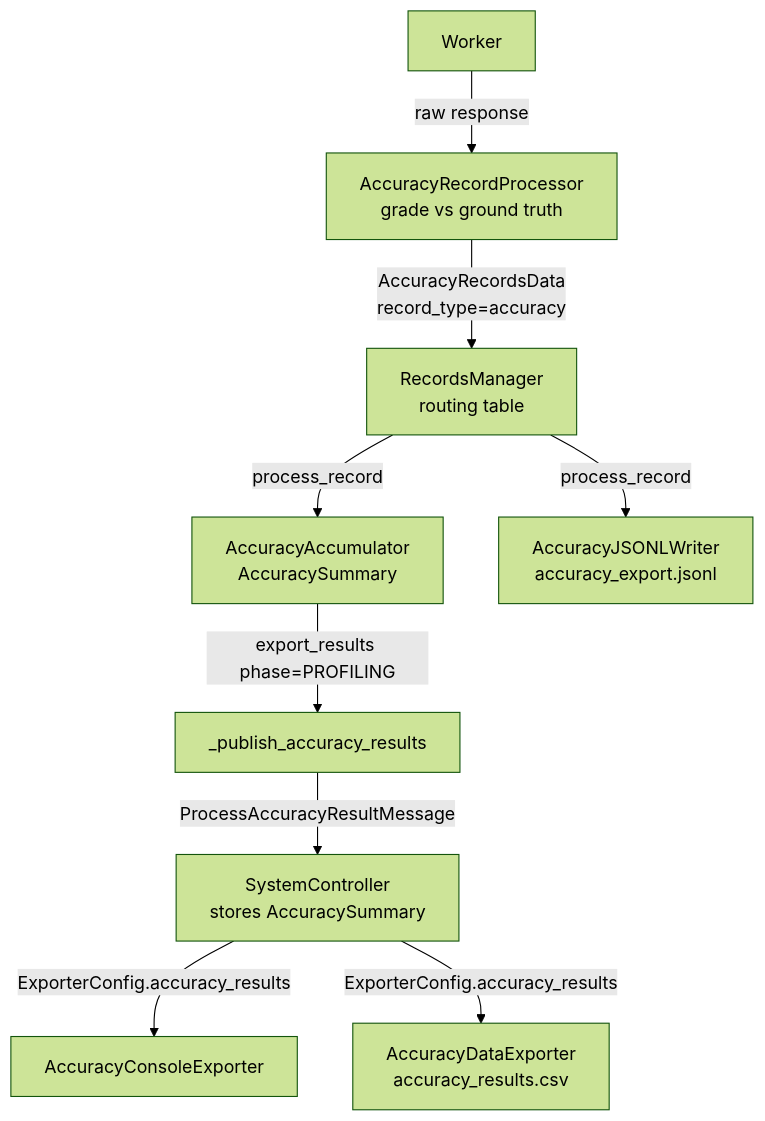
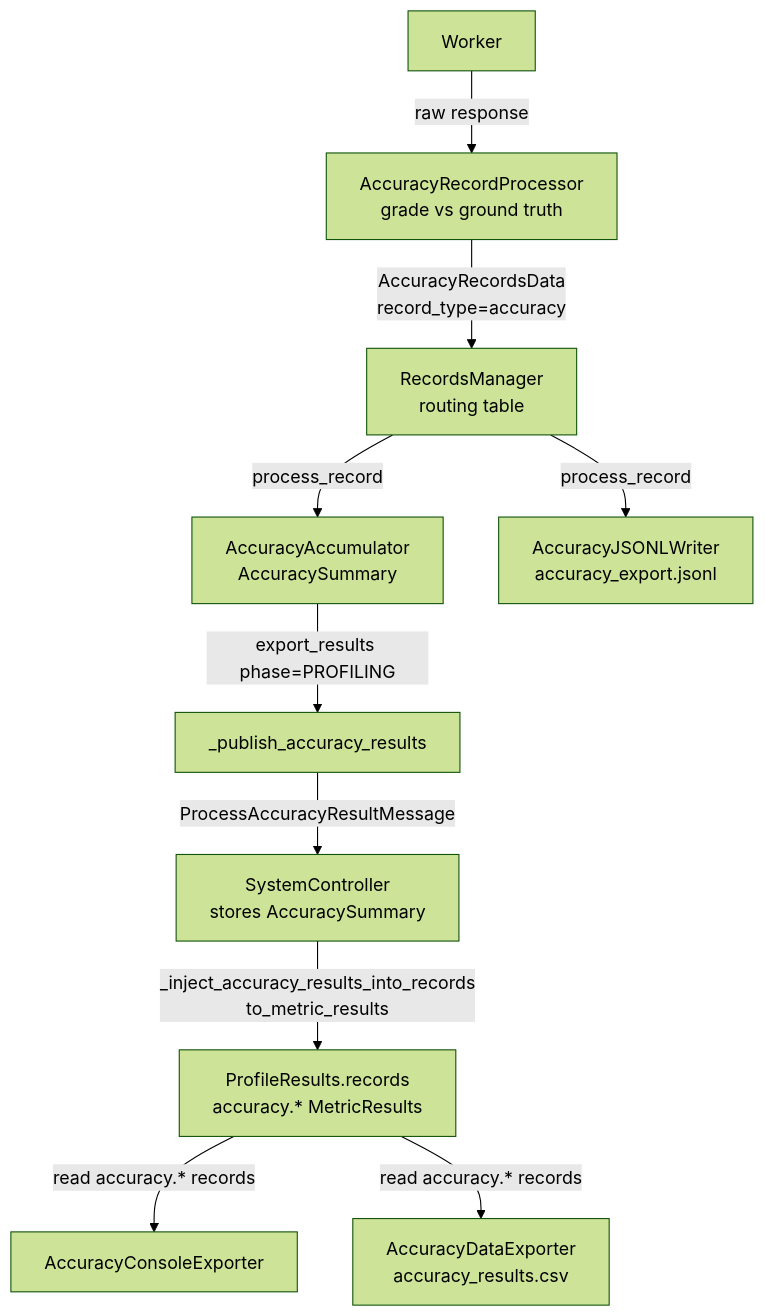
The first of 4 diagrams in docs/architecture.md (ai-dynamo/aiperf), drawn with Mermaid (forest theme) before and after one commit. The commit also changed other lines of this file and 5 other files, not shown here.

Commit message:
refactor(accuracy): drop dead export wiring + fix architecture doc

````diff
--- a/docs/architecture.md
+++ b/docs/architecture.md
@@ -134,11 +134,12 @@
 ```mermaid
 flowchart TD
     W[Worker] -->|raw response| RP[AccuracyRecordProcessor<br/>grade vs ground truth]
     RP -->|AccuracyRecordsData<br/>record_type=accuracy| RM[RecordsManager<br/>routing table]
     RM -->|process_record| ACC[AccuracyAccumulator<br/>AccuracySummary]
     RM -->|process_record| JW[AccuracyJSONLWriter<br/>accuracy_export.jsonl]
     ACC -->|export_results phase=PROFILING| PUB[_publish_accuracy_results]
     PUB -->|ProcessAccuracyResultMessage| SC[SystemController<br/>stores AccuracySummary]
-    SC -->|ExporterConfig.accuracy_results| CE[AccuracyConsoleExporter]
-    SC -->|ExporterConfig.accuracy_results| DE[AccuracyDataExporter<br/>accuracy_results.csv]
+    SC -->|_inject_accuracy_results_into_records<br/>to_metric_results| REC[ProfileResults.records<br/>accuracy.* MetricResults]
+    REC -->|read accuracy.* records| CE[AccuracyConsoleExporter]
+    REC -->|read accuracy.* records| DE[AccuracyDataExporter<br/>accuracy_results.csv]
 ```
````
